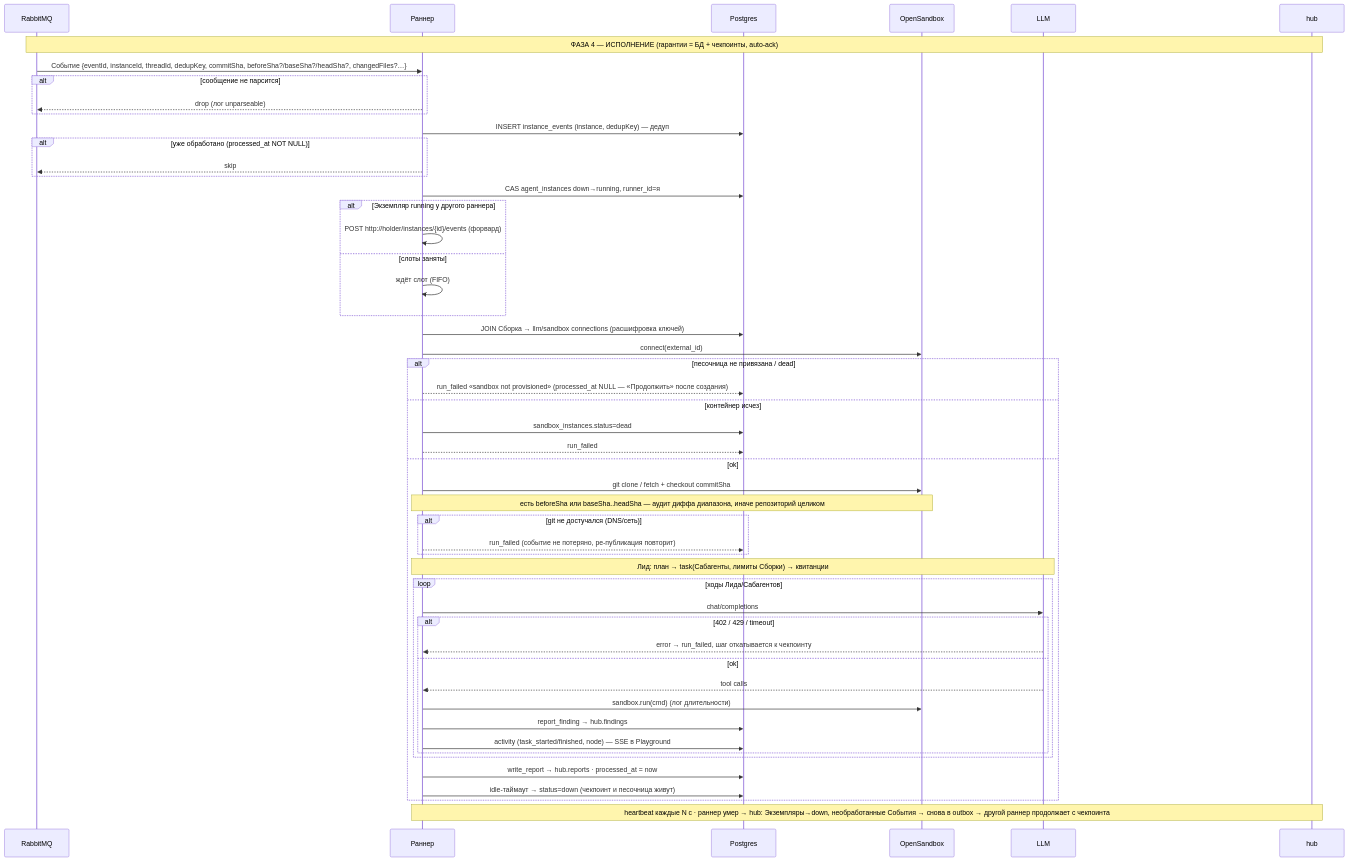
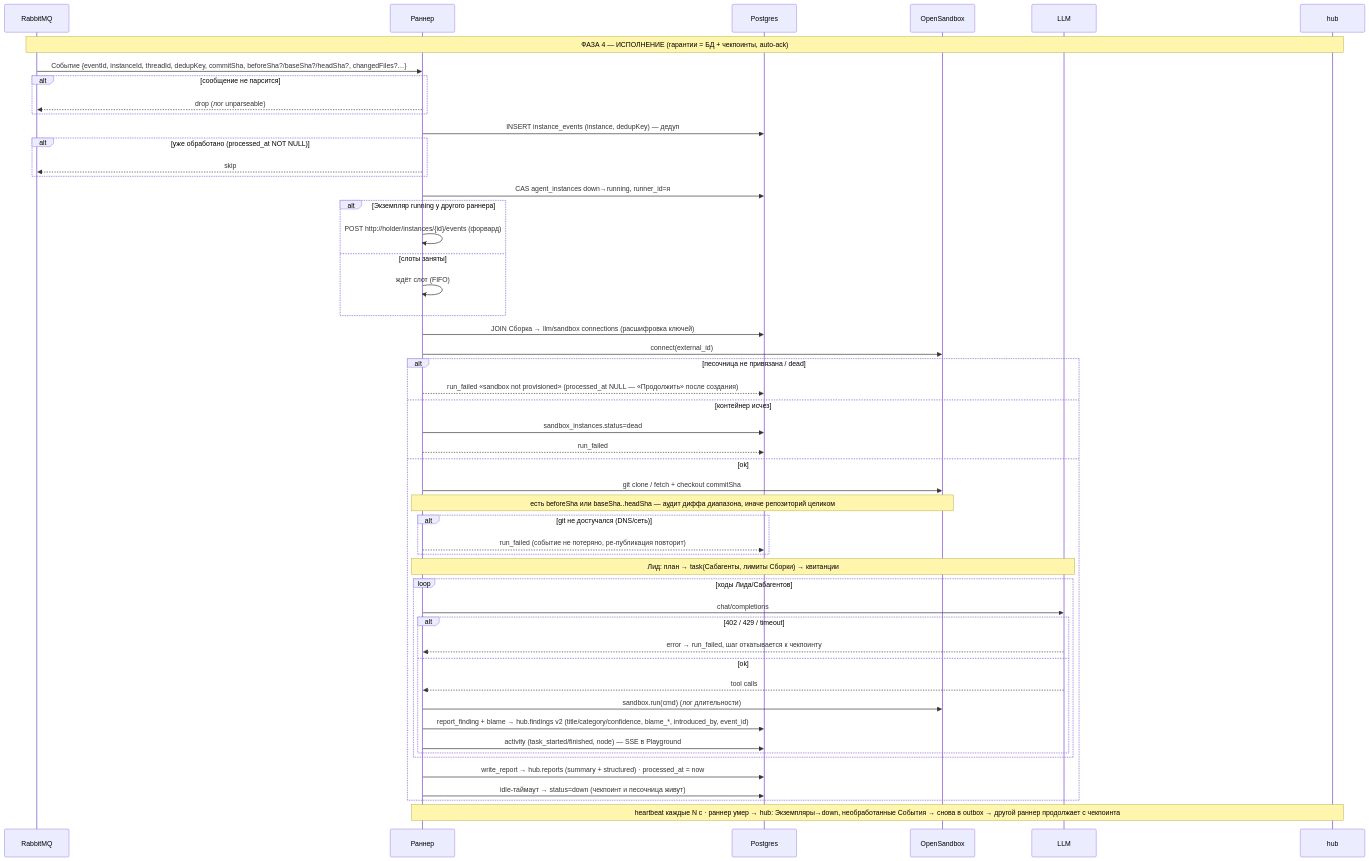
The fourth of 8 diagrams in docs/flows.md (Nap20192/git-agent), drawn with Mermaid before and after one commit. The commit also changed 5 other files, not shown here.

First line of the commit message:
hub API: findings v2 с фильтрами, экспорт CSV/MD, сводка по Репозиторию, structured в reports

````diff
--- a/docs/flows.md
+++ b/docs/flows.md
@@ -153,54 +153,54 @@
 ```mermaid
 sequenceDiagram
     participant MQ as RabbitMQ
     participant RN as Раннер
     participant DB as Postgres
     participant SB as OpenSandbox
     participant LLM as LLM
     participant H as hub
 
     Note over MQ,H: ФАЗА 4 — ИСПОЛНЕНИЕ (гарантии = БД + чекпоинты, auto-ack)
     MQ->>RN: Событие {eventId, instanceId, threadId, dedupKey, commitSha, beforeSha?/baseSha?/headSha?, changedFiles?…}
     alt сообщение не парсится
         RN-->>MQ: drop (лог unparseable)
     end
     RN->>DB: INSERT instance_events (instance, dedupKey) — дедуп
     alt уже обработано (processed_at NOT NULL)
         RN-->>MQ: skip
     end
     RN->>DB: CAS agent_instances down→running, runner_id=я
     alt Экземпляр running у другого раннера
         RN->>RN: POST http://holder/instances/{id}/events (форвард)
     else слоты заняты
         RN->>RN: ждёт слот (FIFO)
     end
     RN->>DB: JOIN Сборка → llm/sandbox connections (расшифровка ключей)
     RN->>SB: connect(external_id)
     alt песочница не привязана / dead
         RN-->>DB: run_failed «sandbox not provisioned» (processed_at NULL — «Продолжить» после создания)
     else контейнер исчез
         RN->>DB: sandbox_instances.status=dead
         RN-->>DB: run_failed
     else ok
         RN->>SB: git clone / fetch + checkout commitSha
         Note over RN,SB: есть beforeSha или baseSha..headSha — аудит диффа диапазона, иначе репозиторий целиком
         alt git не достучался (DNS/сеть)
             RN-->>DB: run_failed (событие не потеряно, ре-публикация повторит)
         end
         Note over RN,LLM: Лид: план → task(Сабагенты, лимиты Сборки) → квитанции
         loop ходы Лида/Сабагентов
             RN->>LLM: chat/completions
             alt 402 / 429 / timeout
                 LLM-->>RN: error → run_failed, шаг откатывается к чекпоинту
             else ok
                 LLM-->>RN: tool calls
                 RN->>SB: sandbox.run(cmd) (лог длительности)
-                RN->>DB: report_finding → hub.findings
+                RN->>DB: report_finding + blame → hub.findings v2 (title/category/confidence, blame_*, introduced_by, event_id)
                 RN->>DB: activity (task_started/finished, node) — SSE в Playground
             end
         end
-        RN->>DB: write_report → hub.reports · processed_at = now
+        RN->>DB: write_report → hub.reports (summary + structured) · processed_at = now
         RN->>DB: idle-таймаут → status=down (чекпоинт и песочница живут)
     end
     Note over RN,H: heartbeat каждые N с · раннер умер → hub: Экземпляры→down, необработанные События → снова в outbox → другой раннер продолжает с чекпоинта
 ```
````
